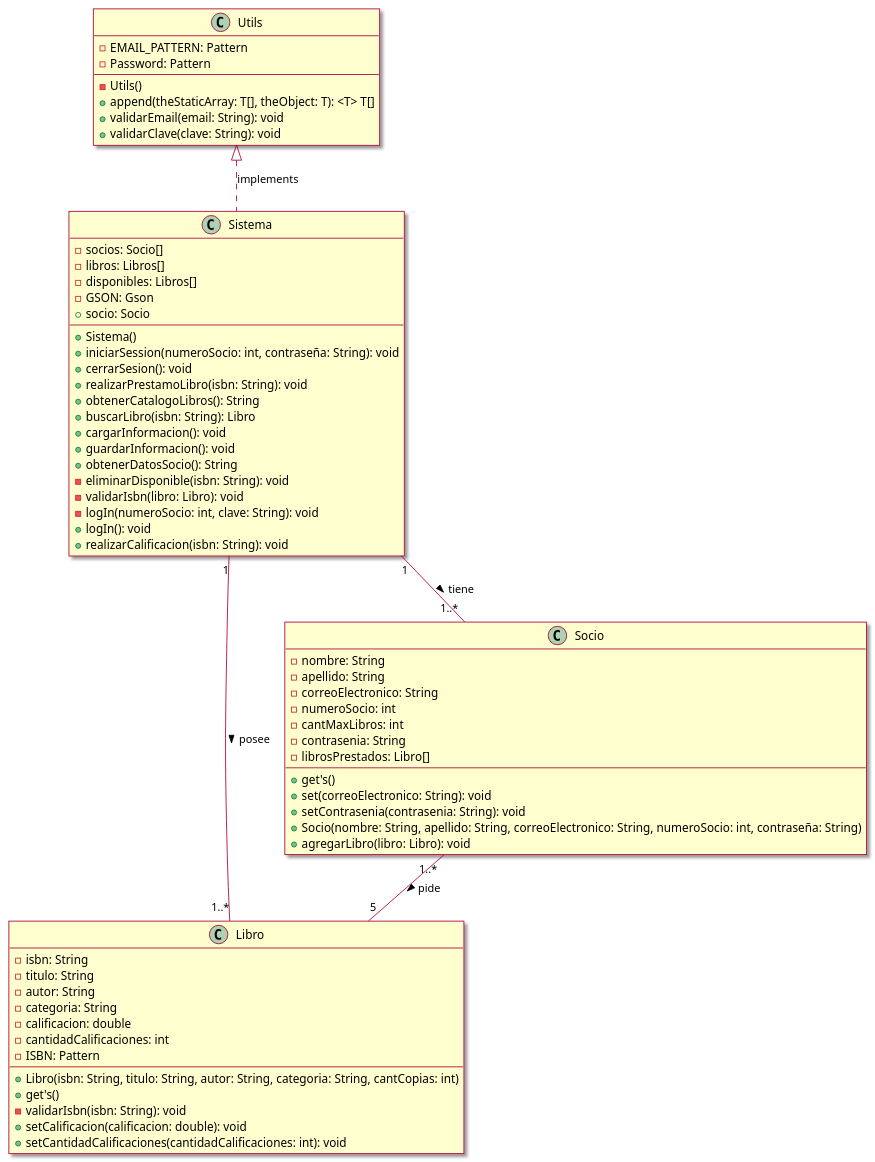
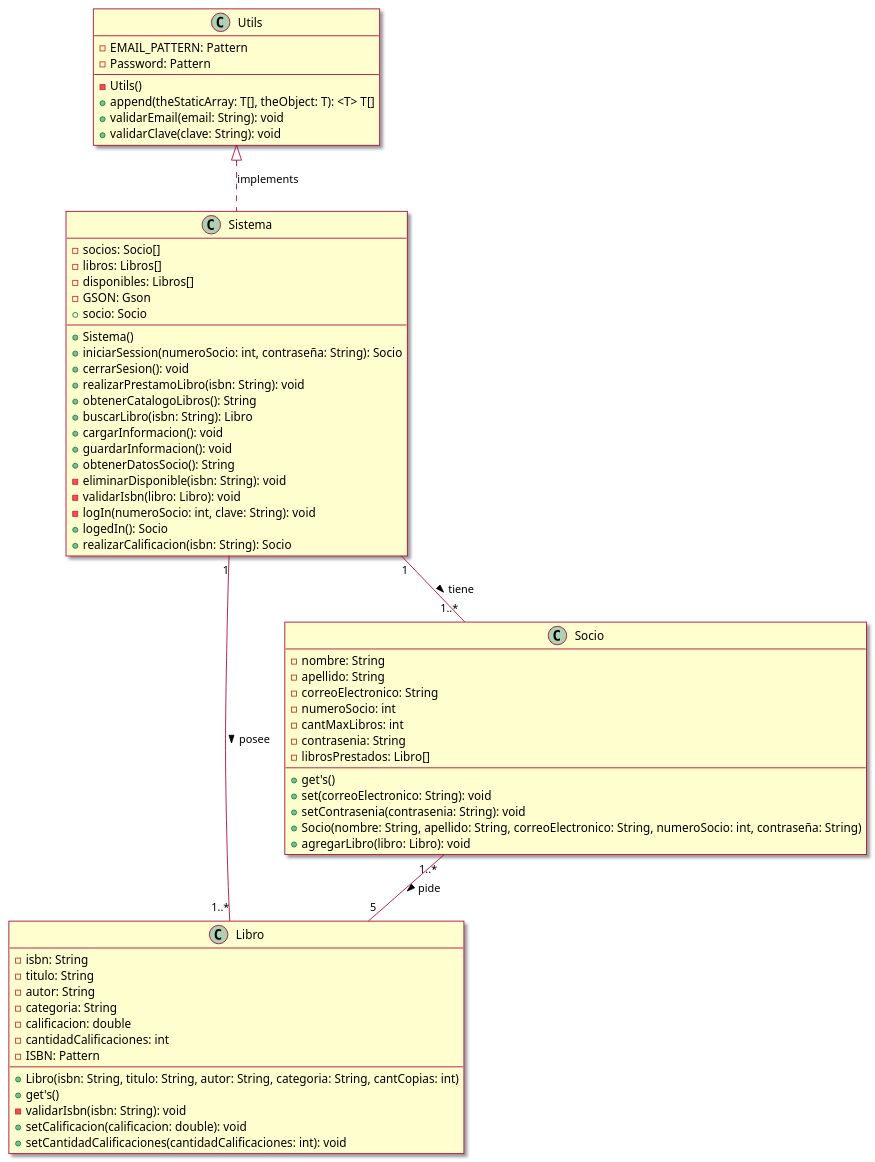
The diagram in bibliotech/clases.puml (ProMDFK123/Taller2), drawn with PlantUML before and after one commit.

Commit message:
final version

```diff
--- a/bibliotech/clases.puml
+++ b/bibliotech/clases.puml
@@ -1,69 +1,69 @@
 @startuml
 skin rose
 
 Class Libro{
 -isbn: String
 -titulo: String
 -autor: String
 -categoria: String
 -calificacion: double
 -cantidadCalificaciones: int
 -ISBN: Pattern
 +Libro(isbn: String, titulo: String, autor: String, categoria: String, cantCopias: int)
 +get's()
 -validarIsbn(isbn: String): void
 +setCalificacion(calificacion: double): void
 +setCantidadCalificaciones(cantidadCalificaciones: int): void
 }
 
 Class Socio{
 -nombre: String
 -apellido: String
 -correoElectronico: String
 -numeroSocio: int
 -cantMaxLibros: int
 -contrasenia: String
 -librosPrestados: Libro[]
 +get's()
 +set(correoElectronico: String): void
 +setContrasenia(contrasenia: String): void
 +Socio(nombre: String, apellido: String, correoElectronico: String, numeroSocio: int, contraseña: String)
 +agregarLibro(libro: Libro): void
 }
 
 Class Sistema{
 -socios: Socio[]
 -libros: Libros[]
 -disponibles: Libros[]
 -GSON: Gson
 +socio: Socio
 +Sistema()
-+iniciarSession(numeroSocio: int, contraseña: String): void
++iniciarSession(numeroSocio: int, contraseña: String): Socio
 +cerrarSesion(): void
 +realizarPrestamoLibro(isbn: String): void
 +obtenerCatalogoLibros(): String
 +buscarLibro(isbn: String): Libro
 +cargarInformacion(): void
 +guardarInformacion(): void
 +obtenerDatosSocio(): String
 -eliminarDisponible(isbn: String): void
 -validarIsbn(libro: Libro): void
 -logIn(numeroSocio: int, clave: String): void
-+logIn(): void
-+realizarCalificacion(isbn: String): void
++logedIn(): Socio
++realizarCalificacion(isbn: String): Socio
 }
 
 Class Utils{
 -EMAIL_PATTERN: Pattern
 -Password: Pattern
 -Utils()
 +append(theStaticArray: T[], theObject: T): <T> T[]
 +validarEmail(email: String): void
 +validarClave(clave: String): void
 }
 
 Sistema"1"--"1..*"Libro: posee >
 Sistema"1"--"1..*"Socio: tiene >
 Socio"1..*"--"5"Libro: pide >
 Utils ^.. Sistema: implements
 @enduml
```
